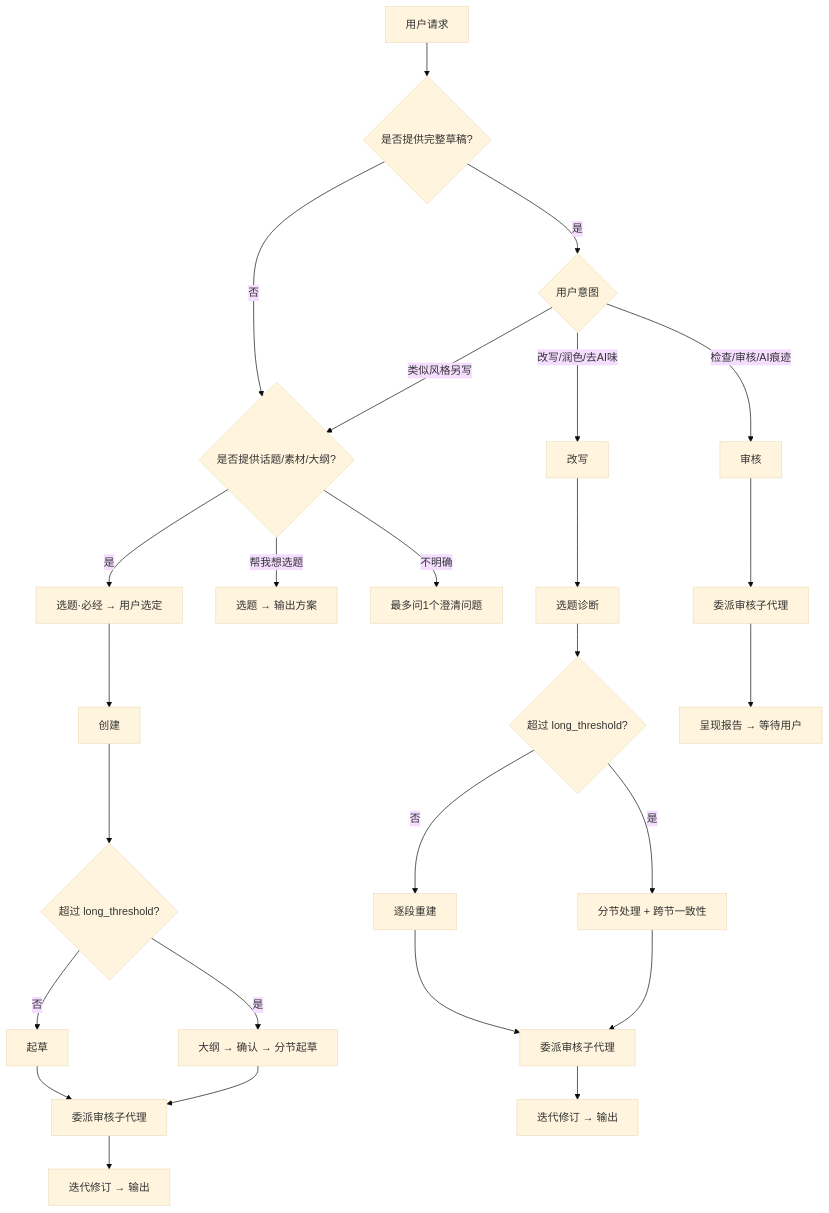
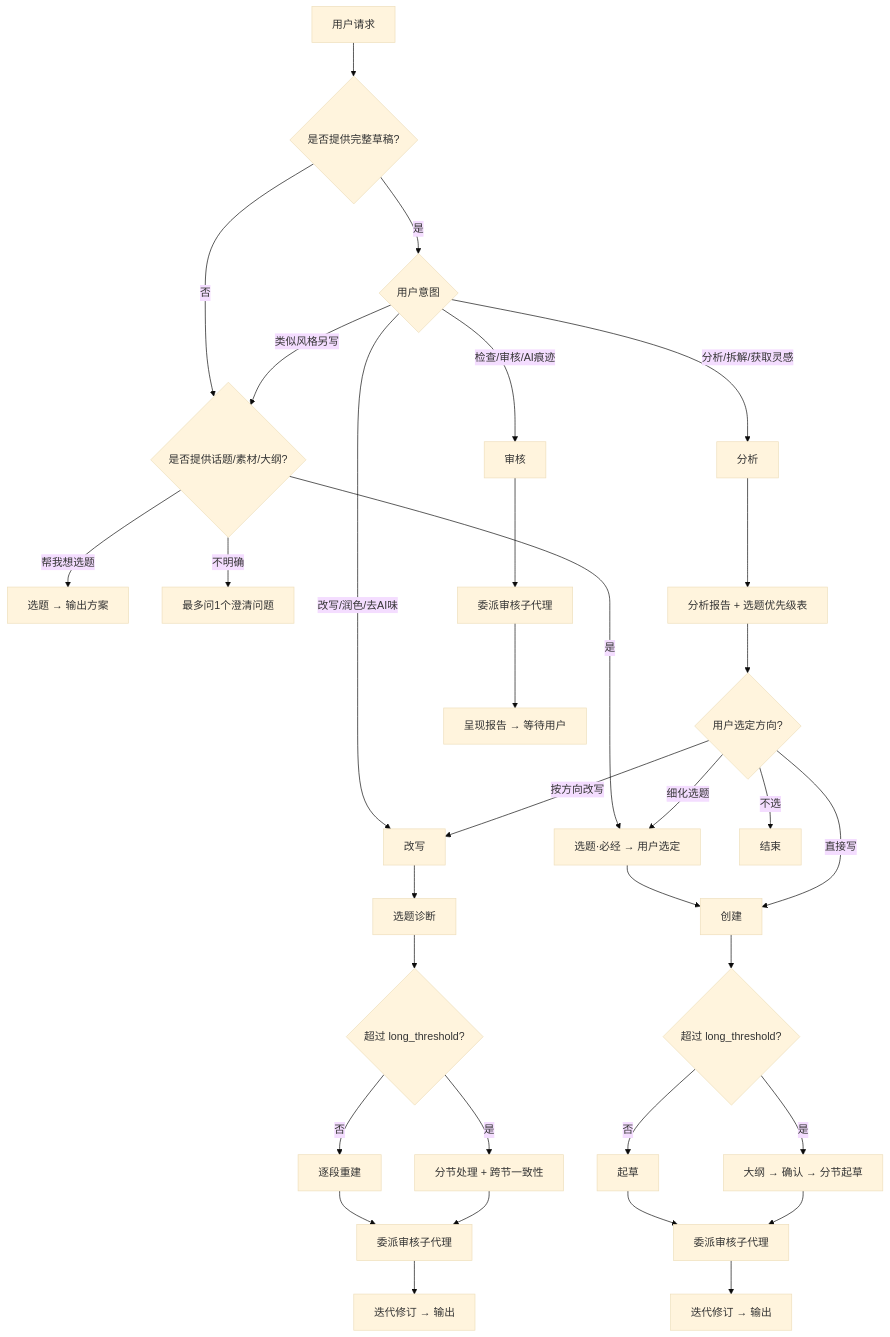
Before and after one commit to AllynYonge/yonge-agent-toolset: the diagram in skills/human-media-writer/SKILL.md, drawn with Mermaid (base theme). The commit also changed other lines of this file and 5 other files, not shown here.

````diff
--- a/skills/human-media-writer/SKILL.md
+++ b/skills/human-media-writer/SKILL.md
@@ -249,33 +239,42 @@
 ```mermaid
 flowchart TD
   A[用户请求] --> B{是否提供完整草稿?}
   B -->|是| C{用户意图}
   B -->|否| D{是否提供话题/素材/大纲?}
   C -->|改写/润色/去AI味| R[改写]
   C -->|检查/审核/AI痕迹| U[审核]
+  C -->|分析/拆解/获取灵感| AN[分析]
   C -->|类似风格另写| D
   D -->|是| WTP[选题·必经 → 用户选定] --> W[创建]
   D -->|"帮我想选题"| TP[选题 → 输出方案]
   D -->|不明确| Q[最多问1个澄清问题]
+
+  %% 分析路径：深度分析 → 创作衍生 → 衔接后续
+  AN --> ANO[分析报告 + 选题优先级表]
+  ANO --> ANX{用户选定方向?}
+  ANX -->|细化选题| WTP
+  ANX -->|直接写| W
+  ANX -->|按方向改写| R
+  ANX -->|不选| END[结束]
 
   %% 创建路径：起草 → 子代理审核 → 迭代修订
   W --> WL{超过 long_threshold?}
   WL -->|否| WS[起草]
   WL -->|是| WT[大纲 → 确认 → 分节起草]
   WS --> WAU[委派审核子代理]
   WT --> WAU
   WAU --> WIT[迭代修订 → 输出]
 
   %% 改写路径：选题诊断 → 改写 → 子代理审核 → 迭代修订
   R --> RTP[选题诊断]
   RTP --> RL{超过 long_threshold?}
   RL -->|否| RS[逐段重建]
   RL -->|是| RT[分节处理 + 跨节一致性]
   RS --> RAU[委派审核子代理]
   RT --> RAU
   RAU --> RIT[迭代修订 → 输出]
 
   %% 审核路径：子代理审核 → 报告
   U --> UAU[委派审核子代理]
   UAU --> URP[呈现报告 → 等待用户]
 ```
````
